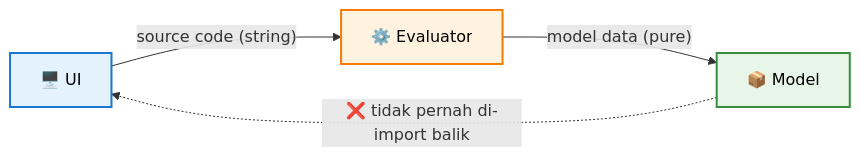
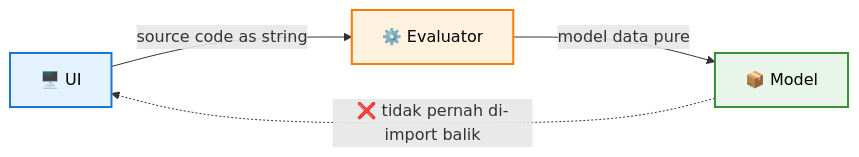
The first of 5 diagrams in docs-md/architecture.md (alth45/mini-open-scad), drawn with Mermaid before and after one commit.

Commit message:
fix: clarify flowchart labels in architecture documentation

````diff
--- a/docs-md/architecture.md
+++ b/docs-md/architecture.md
@@ -147,9 +147,9 @@
 ```mermaid
 flowchart LR
-    UI["🖥️ UI"] -->|"source code (string)"| EVAL["⚙️ Evaluator"]
-    EVAL -->|"model data (pure)"| MODEL["📦 Model"]
+    UI["🖥️ UI"] -->|"source code as string"| EVAL["⚙️ Evaluator"]
+    EVAL -->|"model data pure"| MODEL["📦 Model"]
     MODEL -.->|"❌ tidak pernah di-import balik"| UI
     style UI fill:#e3f2fd,stroke:#1976d2,stroke-width:2px,color:#000
     style EVAL fill:#fff3e0,stroke:#f57c00,stroke-width:2px,color:#000
     style MODEL fill:#e8f5e9,stroke:#388e3c,stroke-width:2px,color:#000
 ```
````
